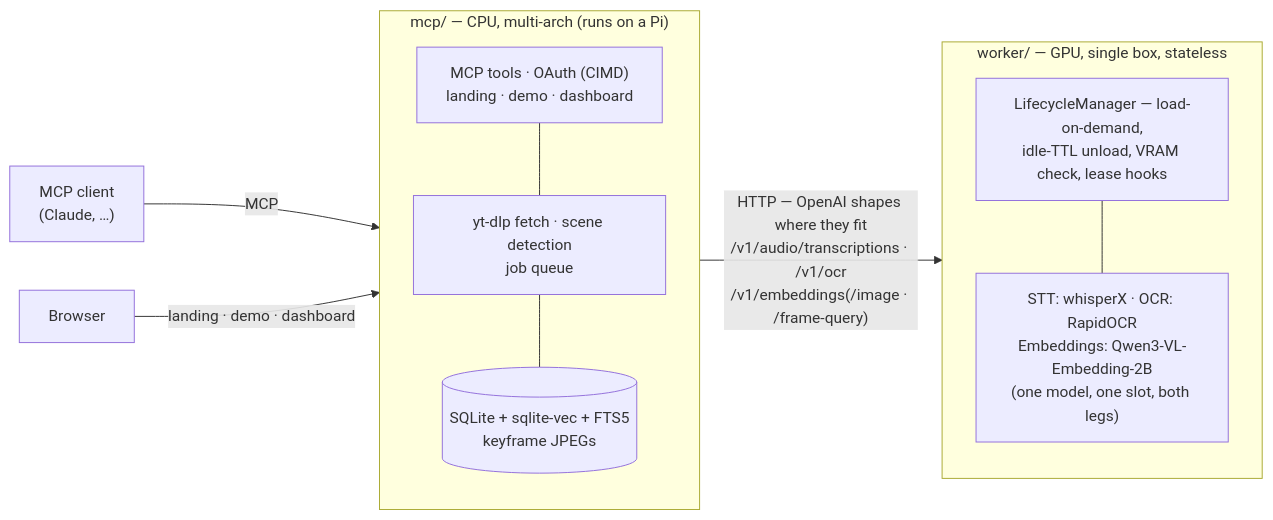
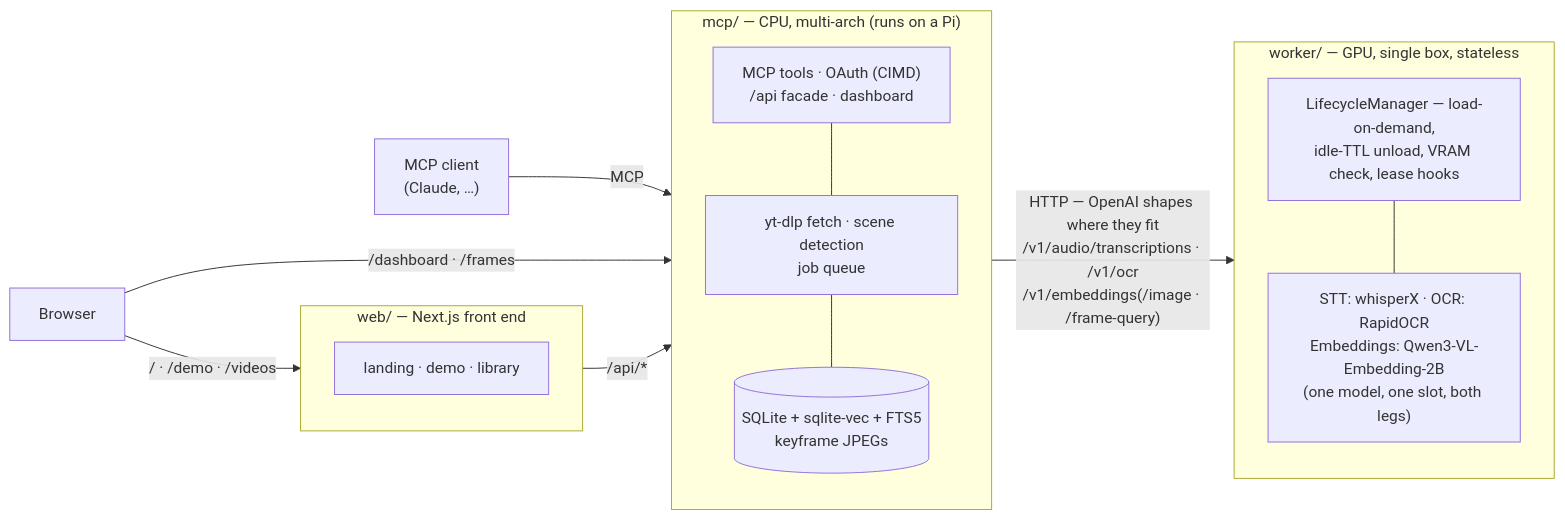
One commit to T0mSIlver/vidtheque changed the diagram in README.md. Above: the diagram before and after it, drawn with Mermaid. The commit also changed other lines of this file and 3 other files, not shown here.

First line of the commit message:
docs: the landing's reference implementation is the one in web/

````diff
--- a/README.md
+++ b/README.md
@@ -65,15 +66,20 @@
 ```mermaid
 flowchart LR
     client["MCP client<br/>(Claude, …)"] -->|MCP| MCP
-    browser["Browser"] -->|"landing · demo · dashboard"| MCP
+    browser["Browser"] -->|"/ · /demo · /videos"| Web
+    browser -->|"/dashboard · /frames"| MCP
+    subgraph Web ["web/ — Next.js front end"]
+        pages["landing · demo · library"]
+    end
+    Web -->|"/api/*"| MCP
     subgraph MCP ["mcp/ — CPU, multi-arch (runs on a Pi)"]
-        surface["MCP tools · OAuth (CIMD)<br/>landing · demo · dashboard"] ---
+        surface["MCP tools · OAuth (CIMD)<br/>/api facade · dashboard"] ---
         pipeline["yt-dlp fetch · scene detection<br/>job queue"] ---
         store[("SQLite + sqlite-vec + FTS5<br/>keyframe JPEGs")]
     end
     MCP -->|"HTTP — OpenAI shapes where they fit<br/>/v1/audio/transcriptions · /v1/ocr<br/>/v1/embeddings(/image · /frame-query)"| Worker
     subgraph Worker ["worker/ — GPU, single box, stateless"]
         lm["LifecycleManager — load-on-demand,<br/>idle-TTL unload, VRAM check, lease hooks"] ---
         backends["STT: whisperX · OCR: RapidOCR<br/>Embeddings: Qwen3-VL-Embedding-2B<br/>(one model, one slot, both legs)"]
     end
 ```
````
